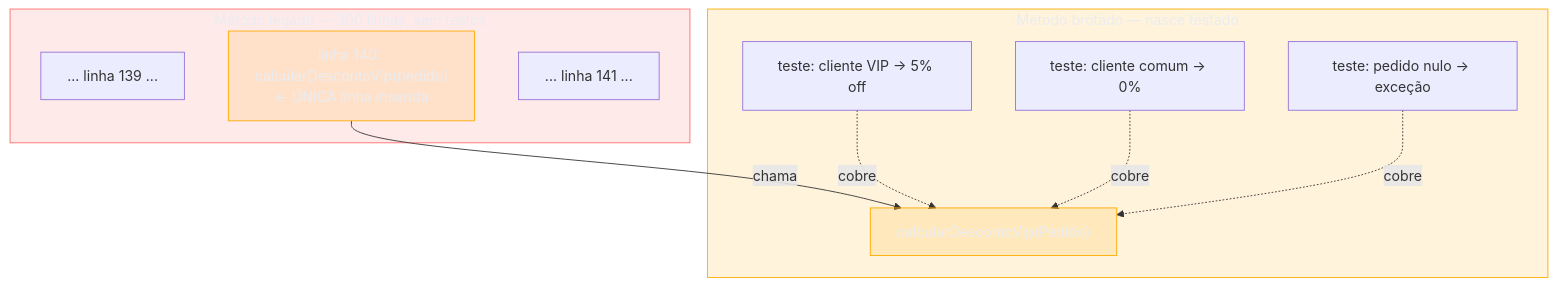
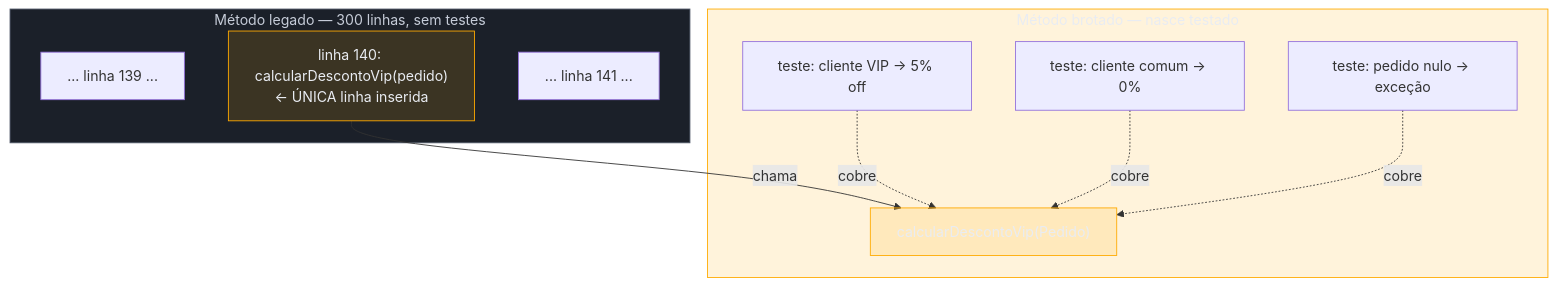
Before and after one commit to josenaldo/codex-technomanticus: the first of 3 diagrams in 03-Dominios/Engenharia/Arqueologia e Restauração de Software/13 - Técnicas cirúrgicas.md, drawn with Mermaid. The commit also changed other lines of this file and 601 other files, not shown here.

````diff
--- a/03-Dominios/Engenharia/Arqueologia e Restauração de Software/13 - Técnicas cirúrgicas.md
+++ b/03-Dominios/Engenharia/Arqueologia e Restauração de Software/13 - Técnicas cirúrgicas.md
@@ -38,24 +38,24 @@
 ```mermaid
 graph TD
-    classDef falha fill:#FF6B6B24,stroke:#FF6B6B,color:#E9ECF2
+    classDef neutro fill:#1B2029,stroke:#4E5666,color:#C6CCD8
     classDef destaque fill:#FFAA0024,stroke:#FFAA00,color:#E9ECF2
     subgraph VELHO["Método legado — 300 linhas, sem testes"]
         L1["... linha 139 ..."]
         CHAMA["linha 140: calcularDescontoVip(pedido)<br/>← ÚNICA linha inserida"]
         L2["... linha 141 ..."]
     end
     subgraph NOVO["Método brotado — nasce testado"]
         M["calcularDescontoVip(Pedido)"]
         T1["teste: cliente VIP → 5% off"]
         T2["teste: cliente comum → 0%"]
         T3["teste: pedido nulo → exceção"]
     end
     CHAMA -->|"chama"| M
     T1 -.cobre.-> M
     T2 -.cobre.-> M
     T3 -.cobre.-> M
-    class VELHO falha
+    class VELHO neutro
     class CHAMA destaque
     class NOVO destaque
     class M destaque
 ```
````
